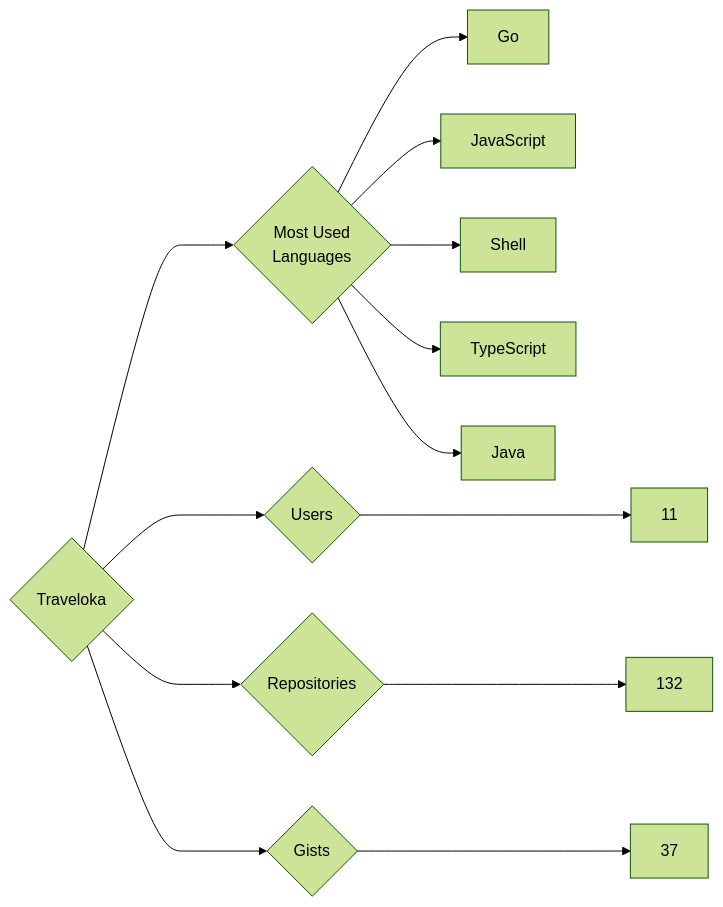
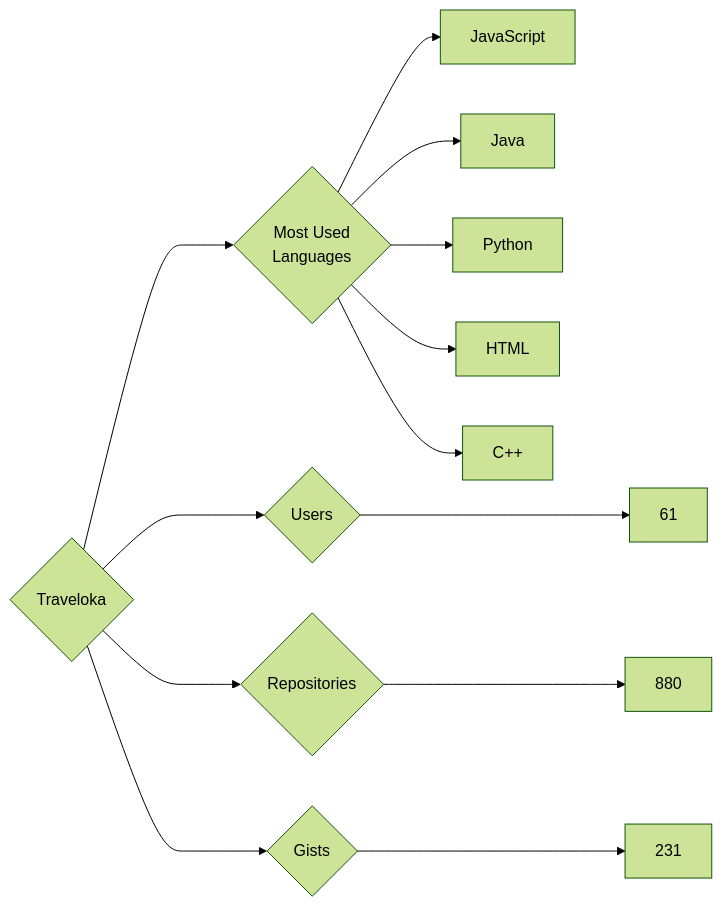
The diagram in targets/Traveloka/README.md (trickest/insiders), drawn with Mermaid (forest theme) before and after one commit. The commit also changed 912 other files, not shown here.

````diff
--- a/targets/Traveloka/README.md
+++ b/targets/Traveloka/README.md
@@ -3,13 +3,13 @@
 ```mermaid
 graph LR
 COMPANY_NAME{Traveloka}
-COMPANY_NAME ---> U{Users} ---> UN[11]
-COMPANY_NAME ---> R{Repositories} ---> RN[132]
-COMPANY_NAME ---> G{Gists} ---> GN[37]
+COMPANY_NAME ---> U{Users} ---> UN[61]
+COMPANY_NAME ---> R{Repositories} ---> RN[880]
+COMPANY_NAME ---> G{Gists} ---> GN[231]
 COMPANY_NAME ---> ML{Most Used<br>Languages}
-ML --> Go[Go]
 ML --> JavaScript[JavaScript]
-ML --> Shell[Shell]
-ML --> TypeScript[TypeScript]
 ML --> Java[Java]
+ML --> Python[Python]
+ML --> HTML[HTML]
+ML --> C++[C++]
 ```
````
